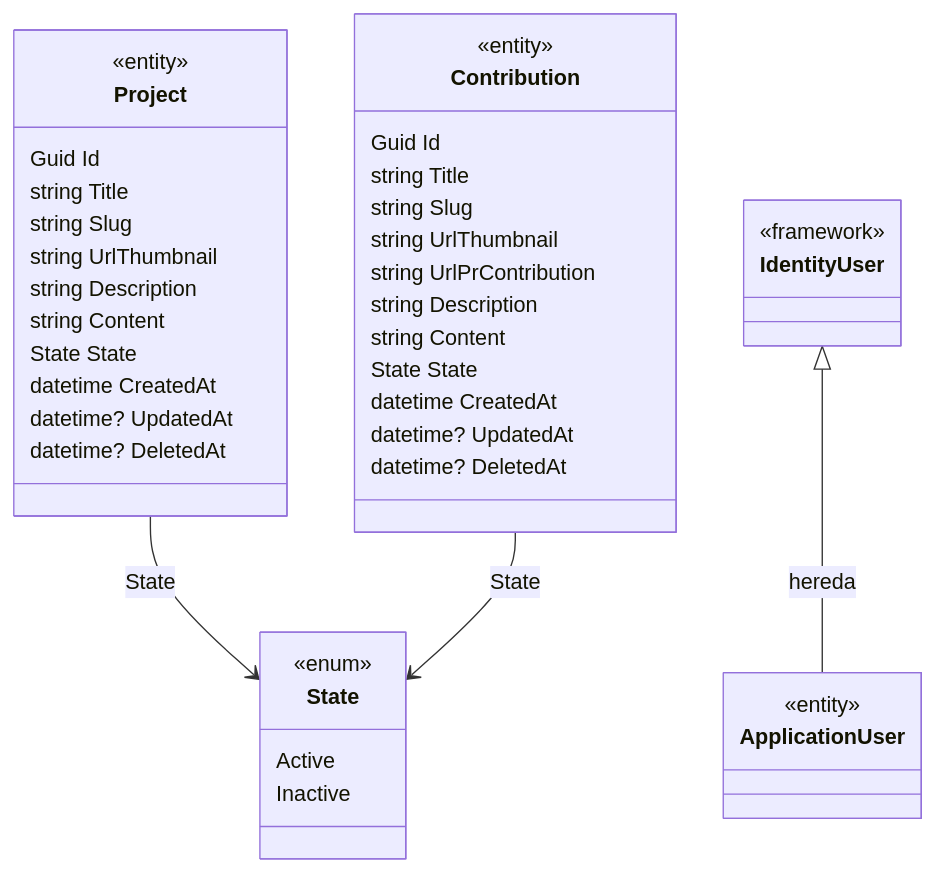
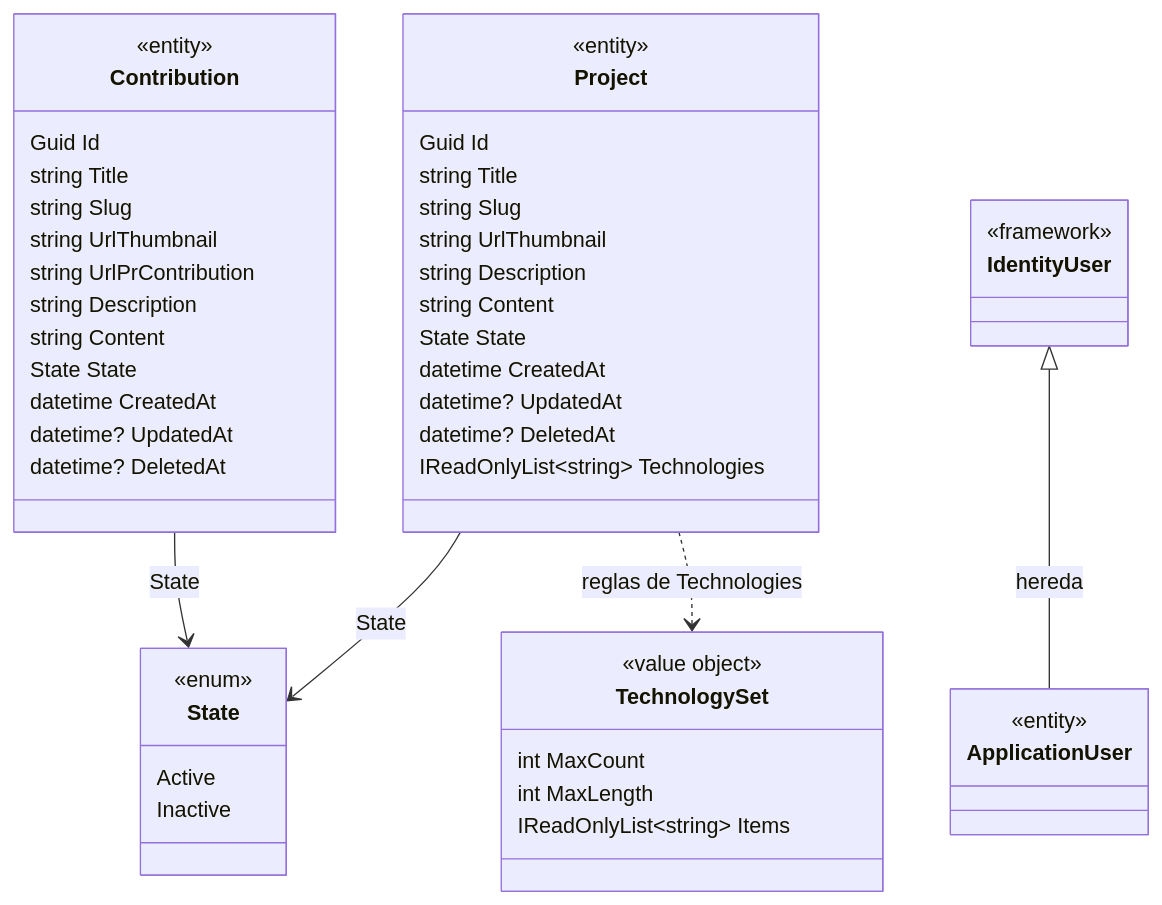
The diagram in docs/diagrams/Diagram Class - Domain.md (adrianbeep/ajn-portfolio-backend), drawn with Mermaid before and after one commit. The commit also changed other lines of this file and 4 other files, not shown here.

````diff
--- a/docs/diagrams/Diagram Class - Domain.md
+++ b/docs/diagrams/Diagram Class - Domain.md
@@ -9,50 +14,59 @@
 ```mermaid
 classDiagram
 	class Project {
 		<<entity>>
 		Guid Id
 		string Title
 		string Slug
 		string UrlThumbnail
 		string Description
 		string Content
 		State State
 		datetime CreatedAt
 		datetime? UpdatedAt
 		datetime? DeletedAt
+		IReadOnlyList~string~ Technologies
 	}
 	
 	class Contribution {
 		<<entity>>
 		Guid Id
 		string Title
 		string Slug
 		string UrlThumbnail
 		string UrlPrContribution
 		string Description
 		string Content
 		State State
 		datetime CreatedAt
 		datetime? UpdatedAt
 		datetime? DeletedAt
 	}
 	
 	class State {
 		<<enum>>
 		Active
 		Inactive
 	}
 	
+	class TechnologySet {
+		<<value object>>
+		int MaxCount
+		int MaxLength
+		IReadOnlyList~string~ Items
+	}
+	
 	class ApplicationUser {
 		<<entity>>
 	}
 	
 	IdentityUser <|-- ApplicationUser : hereda
 	
 	class IdentityUser {
 		<<framework>>
 	}
 	
 	Project --> State : State
 	Contribution --> State : State
+	Project ..> TechnologySet : reglas de Technologies
 ```
````
